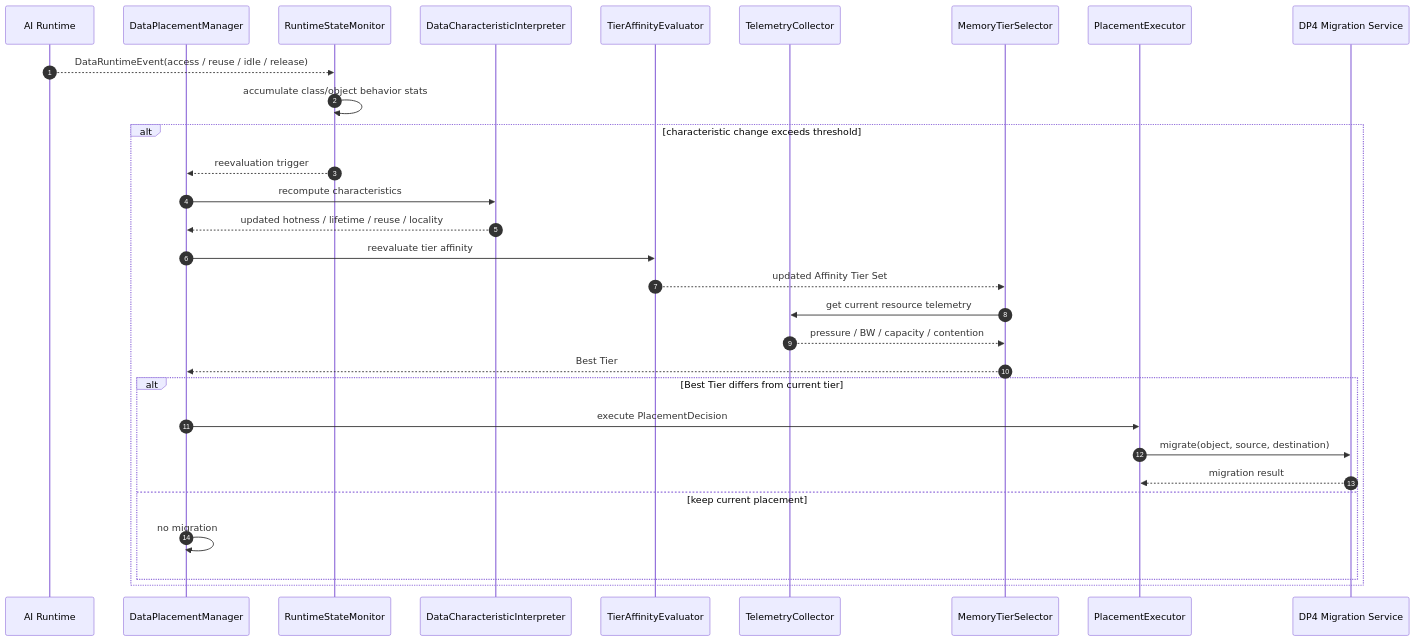
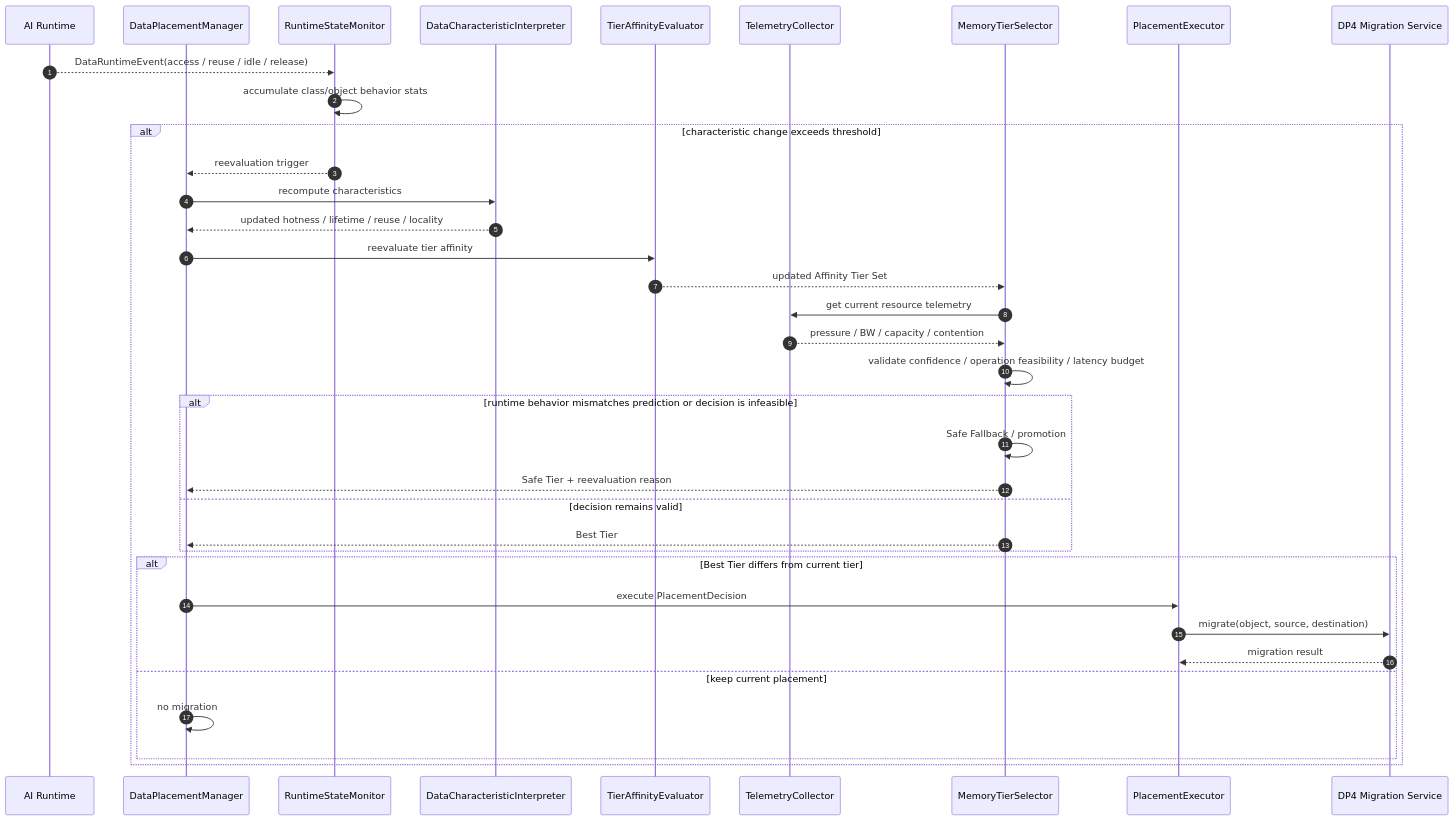
The ninth of 11 diagrams in doc-architect/dp1-data-placement-uml-rendered.md (mkim0628/vllm), drawn with Mermaid before and after one commit. The commit also changed other lines of this file, not shown here.

Commit message:
Add C2 fallback and operation-aware placement to UML

````diff
--- a/doc-architect/dp1-data-placement-uml-rendered.md
+++ b/doc-architect/dp1-data-placement-uml-rendered.md
@@ -595,37 +612,43 @@
 ```mermaid
 sequenceDiagram
     autonumber
     participant RT as AI Runtime
     participant DPM as DataPlacementManager
     participant RSM as RuntimeStateMonitor
     participant DCI as DataCharacteristicInterpreter
     participant MAE as TierAffinityEvaluator
     participant TC as TelemetryCollector
     participant MTS as MemoryTierSelector
     participant EX as PlacementExecutor
     participant DP4 as DP4 Migration Service
 
     RT-->>RSM: DataRuntimeEvent(access / reuse / idle / release)
     RSM->>RSM: accumulate class/object behavior stats
 
     alt characteristic change exceeds threshold
         RSM-->>DPM: reevaluation trigger
         DPM->>DCI: recompute characteristics
         DCI-->>DPM: updated hotness / lifetime / reuse / locality
 
         DPM->>MAE: reevaluate tier affinity
         MAE-->>MTS: updated Affinity Tier Set
 
         MTS->>TC: get current resource telemetry
         TC-->>MTS: pressure / BW / capacity / contention
-        MTS-->>DPM: Best Tier
+        MTS->>MTS: validate confidence / operation feasibility / latency budget
+        alt runtime behavior mismatches prediction or decision is infeasible
+            MTS->>MTS: Safe Fallback / promotion
+            MTS-->>DPM: Safe Tier + reevaluation reason
+        else decision remains valid
+            MTS-->>DPM: Best Tier
+        end
 
         alt Best Tier differs from current tier
             DPM->>EX: execute PlacementDecision
             EX->>DP4: migrate(object, source, destination)
             DP4-->>EX: migration result
         else keep current placement
             DPM->>DPM: no migration
         end
     end
 ```
````
